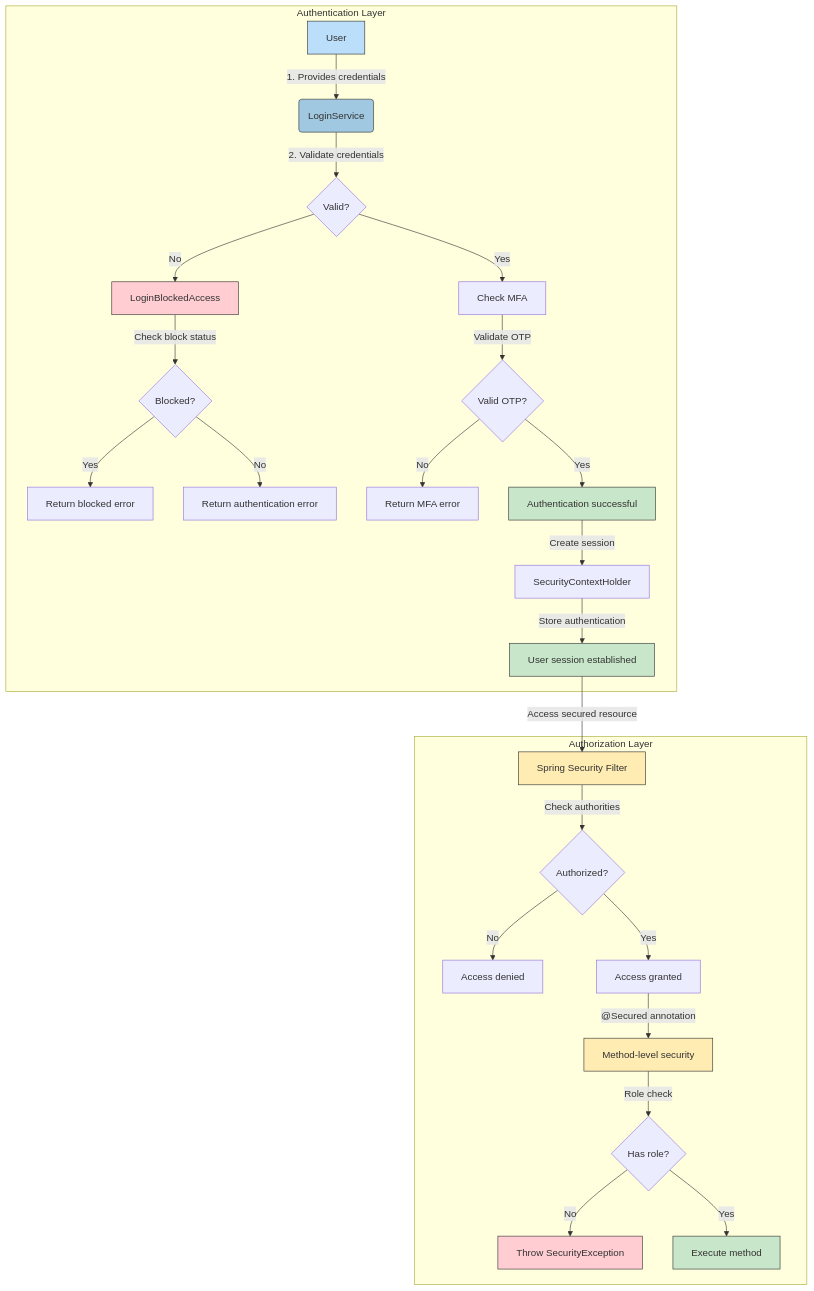
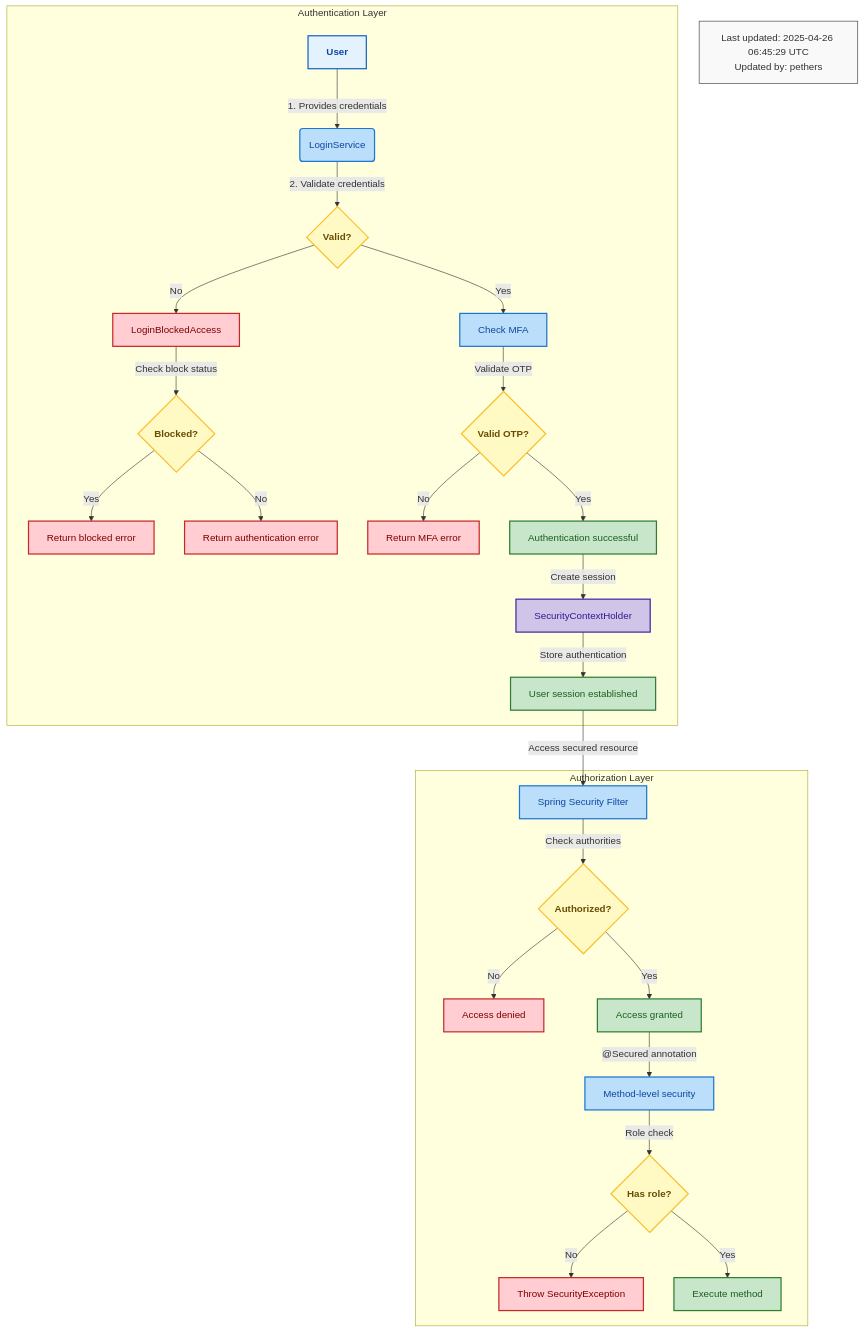
One commit to Hack23/cia changed the first of 8 diagrams in SECURITY_ARCHITECTURE.md. Above: the diagram before and after it, drawn with Mermaid.

````diff
--- a/SECURITY_ARCHITECTURE.md
+++ b/SECURITY_ARCHITECTURE.md
@@ -18,40 +18,54 @@
 ```mermaid
 flowchart TD
+    %% Title and metadata
+    classDef titleClass fill:#f9f9f9,stroke:#333,stroke-width:1px
+    class title titleClass
+    
+    %% Node styling classes
+    classDef userNode fill:#e3f2fd,stroke:#1565c0,stroke-width:2px,color:#0d47a1,font-weight:bold
+    classDef serviceNode fill:#bbdefb,stroke:#1976d2,stroke-width:2px,color:#0d47a1
+    classDef decisionNode fill:#fff9c4,stroke:#fbc02d,stroke-width:2px,color:#664d00,font-weight:bold
+    classDef successNode fill:#c8e6c9,stroke:#2e7d32,stroke-width:2px,color:#1b5e20
+    classDef errorNode fill:#ffcdd2,stroke:#c62828,stroke-width:2px,color:#7f0000
+    classDef securityNode fill:#d1c4e9,stroke:#4527a0,stroke-width:2px,color:#311b92
+    
     subgraph "Authentication Layer"
         A[User] -->|1. Provides credentials| B(LoginService)
         B -->|2. Validate credentials| C{Valid?}
         C -->|No| D[LoginBlockedAccess]
         D -->|Check block status| E{Blocked?}
         E -->|Yes| F[Return blocked error]
         E -->|No| G[Return authentication error]
         C -->|Yes| H[Check MFA]
         H -->|Validate OTP| I{Valid OTP?}
         I -->|No| J[Return MFA error]
         I -->|Yes| K[Authentication successful]
         
         K -->|Create session| L[SecurityContextHolder]
         L -->|Store authentication| M[User session established]
     end
 
     subgraph "Authorization Layer"
         M -->|Access secured resource| N[Spring Security Filter]
         N -->|Check authorities| O{Authorized?}
         O -->|No| P[Access denied]
         O -->|Yes| Q[Access granted]
         
         Q -->|"@Secured annotation"| R[Method-level security]
         R -->|Role check| S{Has role?}
         S -->|No| T[Throw SecurityException]
         S -->|Yes| U[Execute method]
     end
     
-    style A fill:#bbdefb,stroke:#333,stroke-width:1px
-    style B fill:#a0c8e0,stroke:#333,stroke-width:1px
-    style D fill:#ffcdd2,stroke:#333,stroke-width:1px
-    style K fill:#c8e6c9,stroke:#333,stroke-width:1px
-    style M fill:#c8e6c9,stroke:#333,stroke-width:1px
-    style N fill:#ffecb3,stroke:#333,stroke-width:1px
-    style R fill:#ffecb3,stroke:#333,stroke-width:1px
-    style T fill:#ffcdd2,stroke:#333,stroke-width:1px
-    style U fill:#c8e6c9,stroke:#333,stroke-width:1px
+    %% Add metadata note
+    note["Last updated: 2025-04-26 06:45:29 UTC<br>Updated by: pethers"]
+    
+    %% Apply styling classes
+    class A userNode
+    class B,H,N,R serviceNode
+    class C,E,I,O,S decisionNode
+    class K,M,Q,U successNode
+    class D,F,G,J,P,T errorNode
+    class L securityNode
+    class note titleClass
 ```
````
